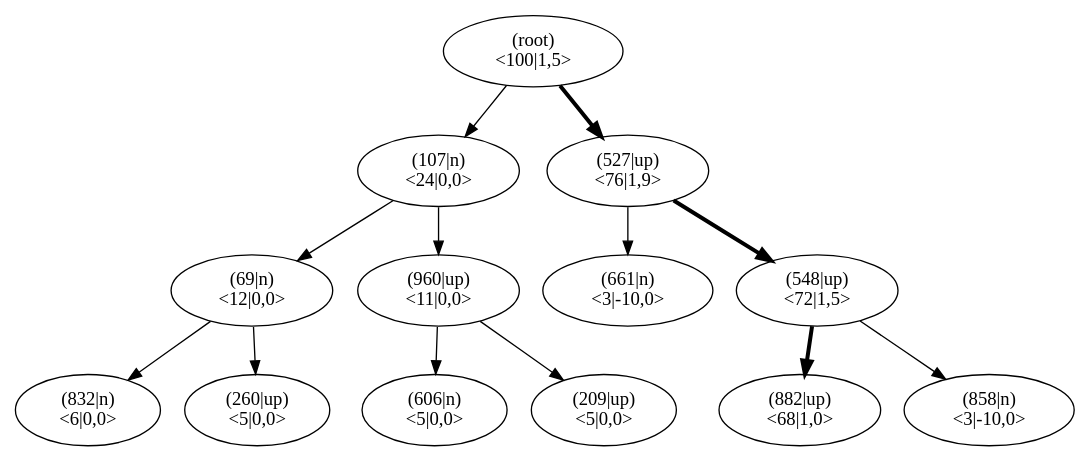
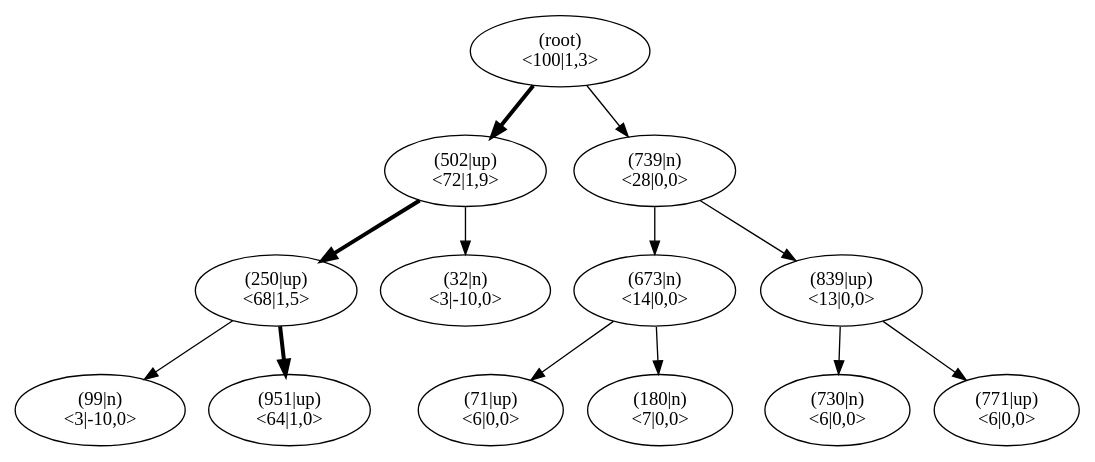
Before and after one commit to JonasHellgren/relexp-java: the diagram in pictures/ch13/climb_mctsHUNDREDiterHIGHEXP_NOTDEFBACKUP.dot, drawn with Graphviz. The commit also changed 29 other files, not shown here.

```diff
--- a/pictures/ch13/climb_mctsHUNDREDiterHIGHEXP_NOTDEFBACKUP.dot
+++ b/pictures/ch13/climb_mctsHUNDREDiterHIGHEXP_NOTDEFBACKUP.dot
@@ -1,41 +1,41 @@
 digraph MCTS {
 node [shape=ellipse];
 Nroot [label="(root)
-<100|1,5>"];
-Nroot -> N107[penwidth=1];
-N107 [label="(107|n)
-<24|0,0>"];
-N107 -> N69[penwidth=1];
-N69 [label="(69|n)
-<12|0,0>"];
-N69 -> N832[penwidth=1];
-N832 [label="(832|n)
+<100|1,3>"];
+Nroot -> N502[penwidth=3];
+N502 [label="(502|up)
+<72|1,9>"];
+N502 -> N250[penwidth=3];
+N250 [label="(250|up)
+<68|1,5>"];
+N250 -> N99[penwidth=1];
+N99 [label="(99|n)
+<3|-10,0>"];
+N250 -> N951[penwidth=3];
+N951 [label="(951|up)
+<64|1,0>"];
+N502 -> N32[penwidth=1];
+N32 [label="(32|n)
+<3|-10,0>"];
+Nroot -> N739[penwidth=1];
+N739 [label="(739|n)
+<28|0,0>"];
+N739 -> N673[penwidth=1];
+N673 [label="(673|n)
+<14|0,0>"];
+N673 -> N71[penwidth=1];
+N71 [label="(71|up)
 <6|0,0>"];
-N69 -> N260[penwidth=1];
-N260 [label="(260|up)
-<5|0,0>"];
-N107 -> N960[penwidth=1];
-N960 [label="(960|up)
-<11|0,0>"];
-N960 -> N606[penwidth=1];
-N606 [label="(606|n)
-<5|0,0>"];
-N960 -> N209[penwidth=1];
-N209 [label="(209|up)
-<5|0,0>"];
-Nroot -> N527[penwidth=3];
-N527 [label="(527|up)
-<76|1,9>"];
-N527 -> N661[penwidth=1];
-N661 [label="(661|n)
-<3|-10,0>"];
-N527 -> N548[penwidth=3];
-N548 [label="(548|up)
-<72|1,5>"];
-N548 -> N882[penwidth=3];
-N882 [label="(882|up)
-<68|1,0>"];
-N548 -> N858[penwidth=1];
-N858 [label="(858|n)
-<3|-10,0>"];
+N673 -> N180[penwidth=1];
+N180 [label="(180|n)
+<7|0,0>"];
+N739 -> N839[penwidth=1];
+N839 [label="(839|up)
+<13|0,0>"];
+N839 -> N730[penwidth=1];
+N730 [label="(730|n)
+<6|0,0>"];
+N839 -> N771[penwidth=1];
+N771 [label="(771|up)
+<6|0,0>"];
 }
```
